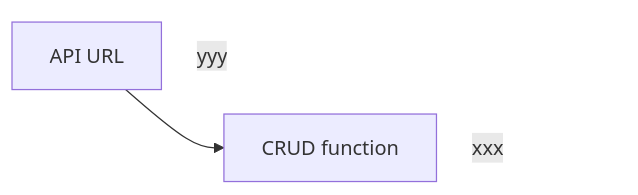
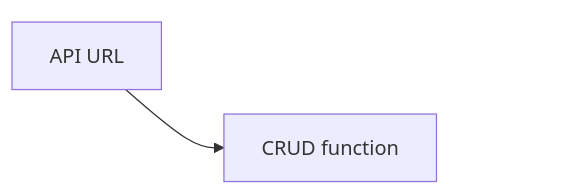
The first of 7 diagrams in doc/Test mermaid.md (ThomasFinnern/J_api_demo), drawn with Mermaid before and after one commit. The commit also changed other lines of this file and 20 other files, not shown here.

````diff
--- a/doc/Test mermaid.md
+++ b/doc/Test mermaid.md
@@ -5,6 +5,6 @@
 ```mermaid
 %%{init:{"theme":"forest"}, flowchart:{"curve": "linear"}}%%
 %% linkStyle default interpolate basis
 flowchart LR
-start[API URL]  ~~~|" yyy "| start --> plg[CRUD function] ~~~|" xxx "| plg
+start[API URL]  ~~~|" "| start --> plg[CRUD function] ~~~|" "| plg
 ```
````
